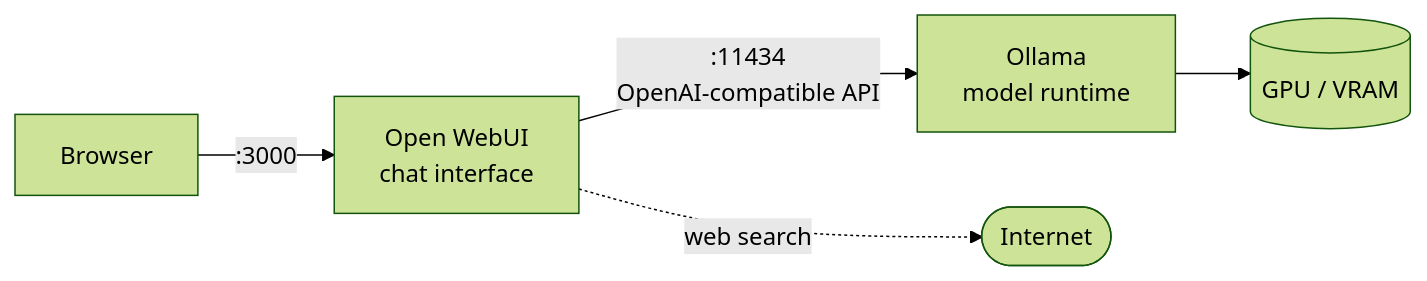
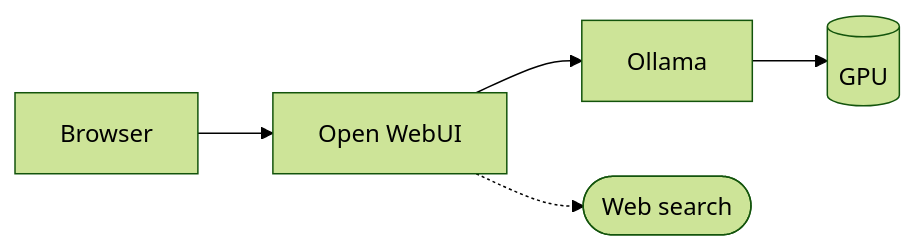
Before and after one commit to kamil-kielbasa/ai-infrastructure-book: the diagram in book/06-the-first-run.md, drawn with Mermaid (forest theme). The commit also changed other lines of this file and 15 other files, not shown here.

Commit message:
fix: pin mermaid and mathjax to working majors, trim part V

````diff
--- a/book/06-the-first-run.md
+++ b/book/06-the-first-run.md
@@ -8,7 +8,7 @@
 ```mermaid
 flowchart LR
-    U[Browser] -->|:3000| W[Open WebUI<br/>chat interface]
-    W -->|":11434<br/>OpenAI-compatible API"| O[Ollama<br/>model runtime]
-    O --> G[(GPU / VRAM)]
-    W -.->|web search| I([Internet])
+    U[Browser] --> W[Open WebUI]
+    W --> O[Ollama]
+    O --> G[(GPU)]
+    W -.-> I([Web search])
 ```
````
